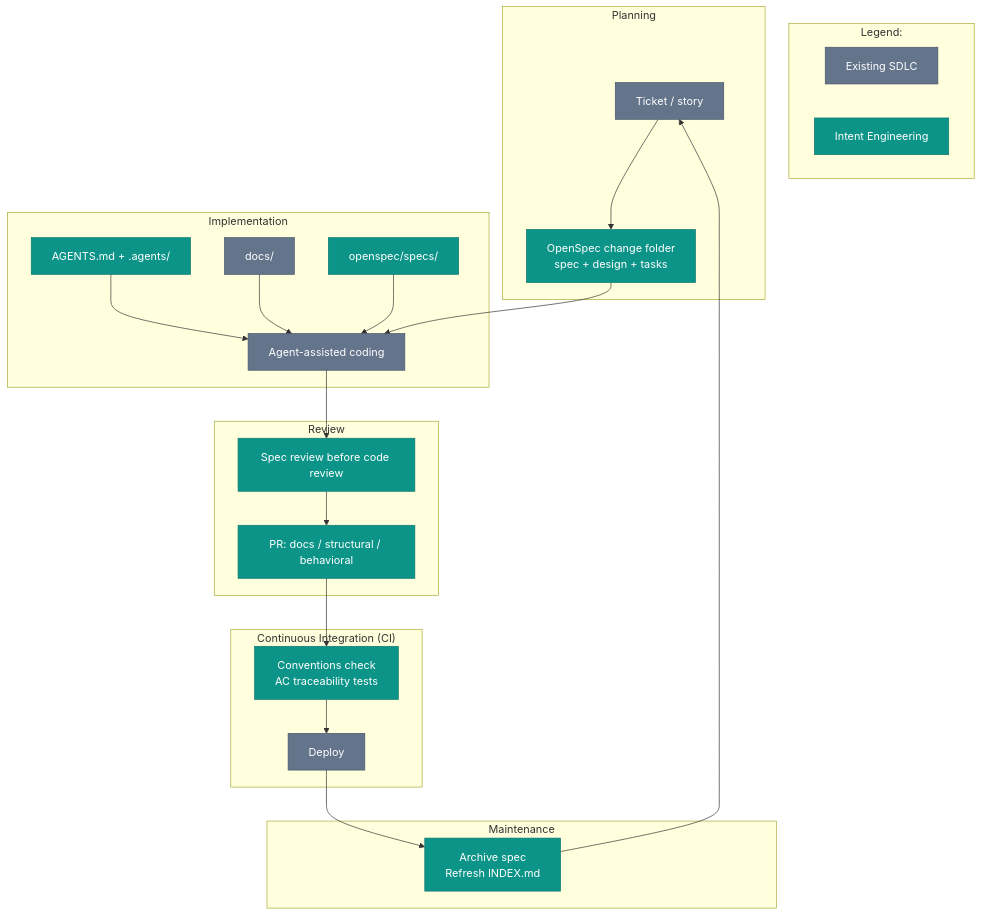
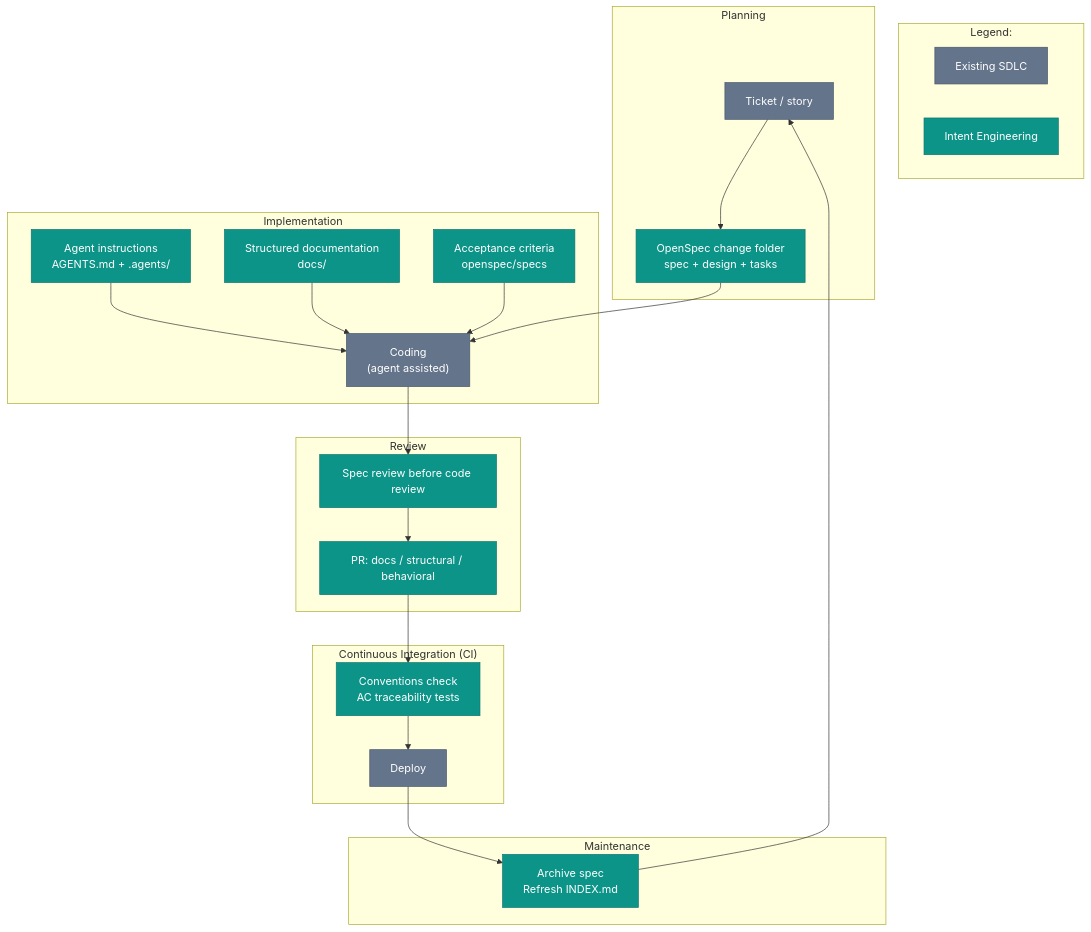
One commit to intent-engineering-for-coding-agents/book changed the diagram in content/foundation/intent-engineering-and-the-sdlc.md. Above: the diagram before and after it, drawn with Mermaid. The commit also changed other lines of this file, not shown here.

Commit message:
Clarify SDLC map inputs

````diff
--- a/content/foundation/intent-engineering-and-the-sdlc.md
+++ b/content/foundation/intent-engineering-and-the-sdlc.md
@@ -15,32 +15,32 @@
 ```mermaid
 graph TD
     classDef existing fill:#64748b,stroke:#475569,color:#fff
     classDef ie fill:#0d9488,stroke:#0f766e,color:#fff
 
     subgraph Legend:
         direction LR
         L1[Existing SDLC]:::existing
         L2[Intent Engineering]:::ie
     end
     subgraph Planning
         A[Ticket / story]:::existing --> B[OpenSpec change folder<br/>spec + design + tasks]:::ie
     end
     subgraph Implementation
-        C["AGENTS.md + .agents/"]:::ie --> D[Agent-assisted coding]:::existing
-        J["docs/"]:::existing --> D
-        K["openspec/specs/"]:::ie --> D
+        C["Agent instructions<br/>AGENTS.md + .agents/"]:::ie --> D["Coding<br/>(agent assisted)"]:::existing
+        J["Structured documentation<br/>docs/"]:::ie --> D
+        K["Acceptance criteria<br/>openspec/specs"]:::ie --> D
         B --> D
     end
     subgraph Review
         D --> E[Spec review before code review]:::ie
         E --> F[PR: docs / structural / behavioral]:::ie
     end
     subgraph "Continuous Integration (CI)"
         F --> G[Conventions check<br/>AC traceability tests]:::ie
         G --> H[Deploy]:::existing
     end
     subgraph Maintenance
         H --> I[Archive spec<br/>Refresh INDEX.md]:::ie
         I --> A
     end
 ```
````
